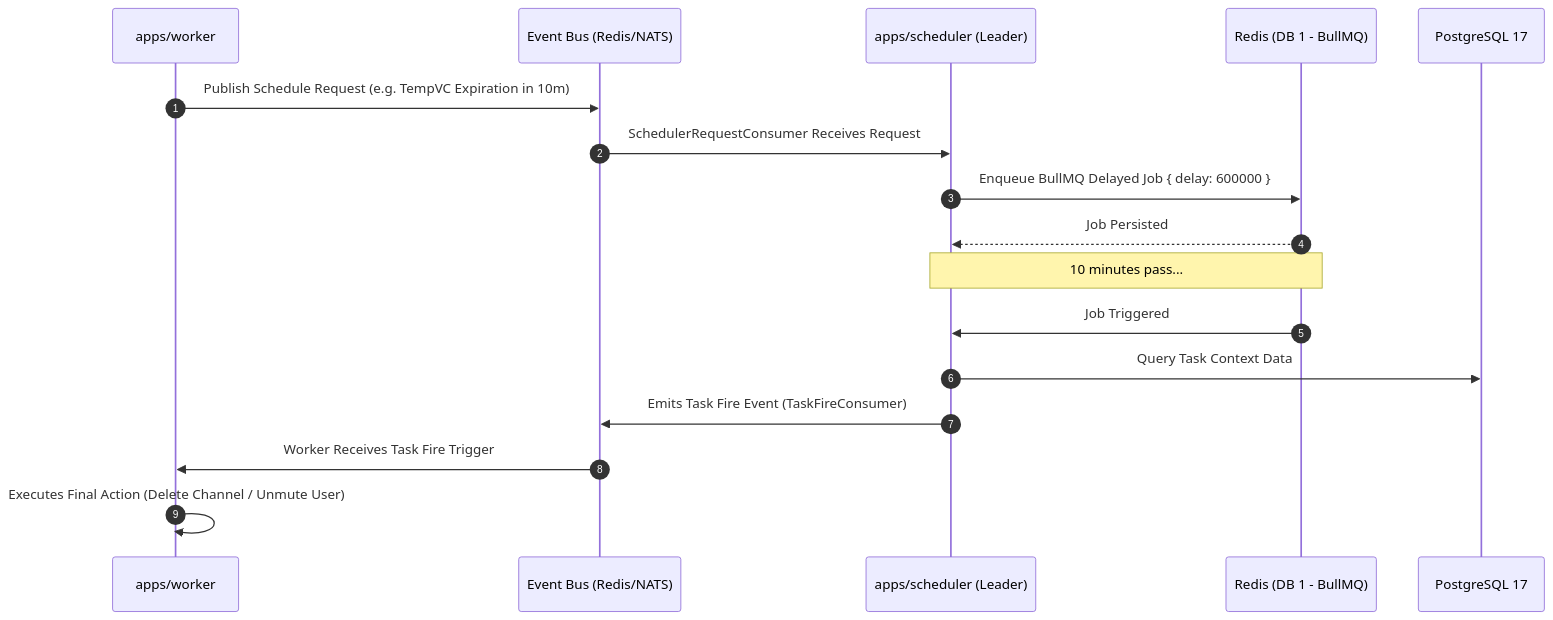
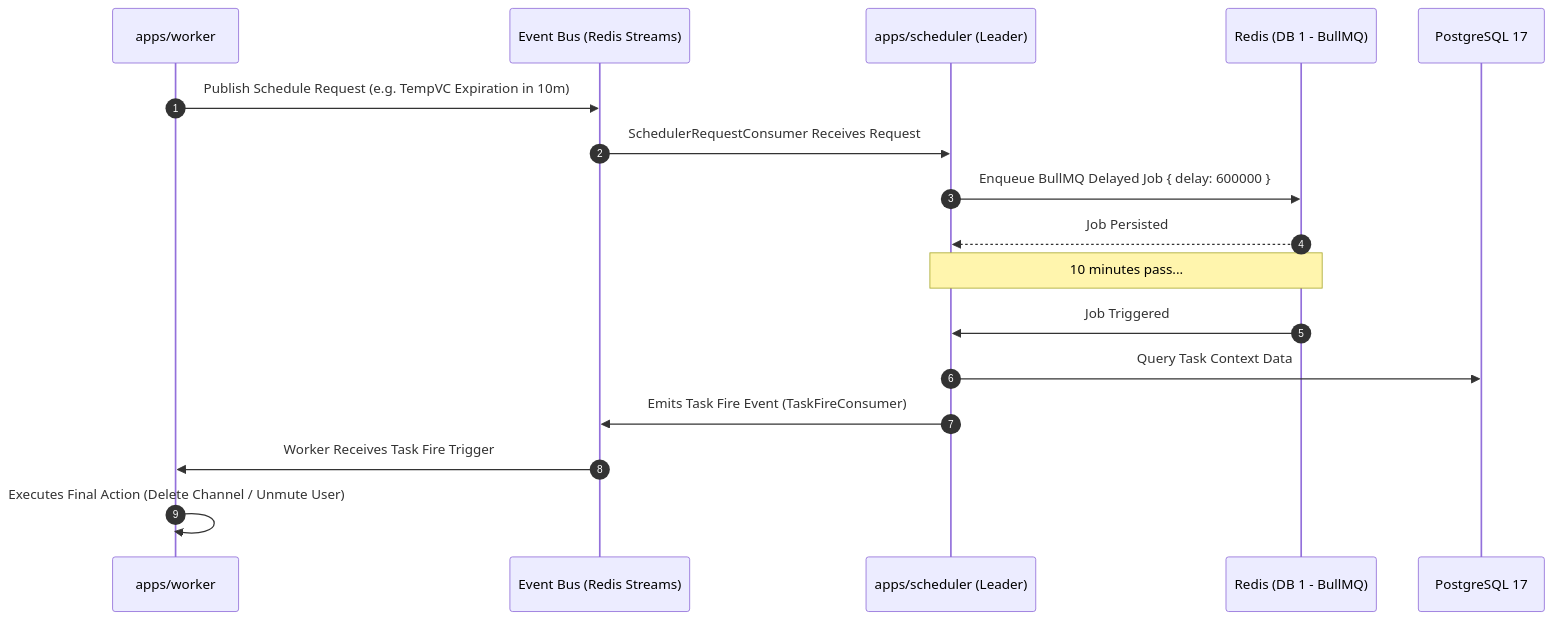
The diagram in apps/scheduler/README.md (lumi-devs/Lumi), drawn with Mermaid before and after one commit. The commit also changed 31 other files, not shown here.

````diff
--- a/apps/scheduler/README.md
+++ b/apps/scheduler/README.md
@@ -46,22 +46,22 @@
 ```mermaid
 sequenceDiagram
     autonumber
     participant Worker as apps/worker
-    participant EB as Event Bus (Redis/NATS)
+    participant EB as Event Bus (Redis Streams)
     participant Sched as apps/scheduler (Leader)
     participant Redis as Redis (DB 1 - BullMQ)
     participant DB as PostgreSQL 17
 
     Worker->>EB: Publish Schedule Request (e.g. TempVC Expiration in 10m)
     EB->>Sched: SchedulerRequestConsumer Receives Request
     Sched->>Redis: Enqueue BullMQ Delayed Job { delay: 600000 }
     Redis-->>Sched: Job Persisted
 
     Note over Sched,Redis: 10 minutes pass...
 
     Redis->>Sched: Job Triggered
     Sched->>DB: Query Task Context Data
     Sched->>EB: Emits Task Fire Event (TaskFireConsumer)
     EB->>Worker: Worker Receives Task Fire Trigger
     Worker->>Worker: Executes Final Action (Delete Channel / Unmute User)
 ```
````
